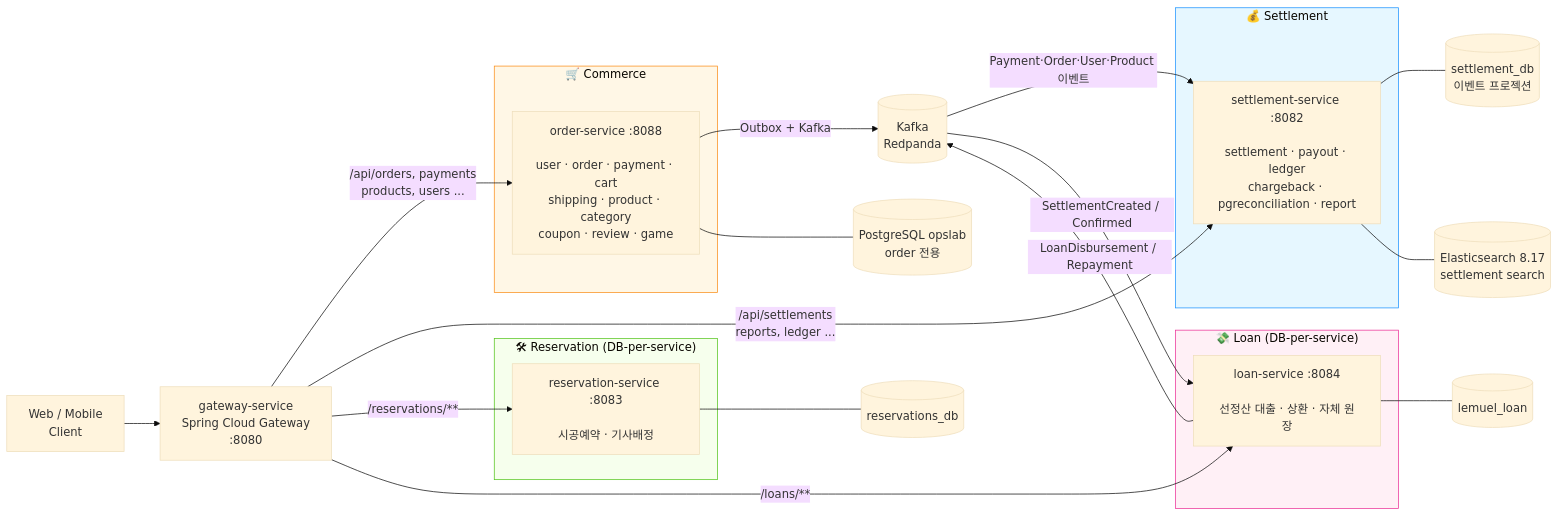
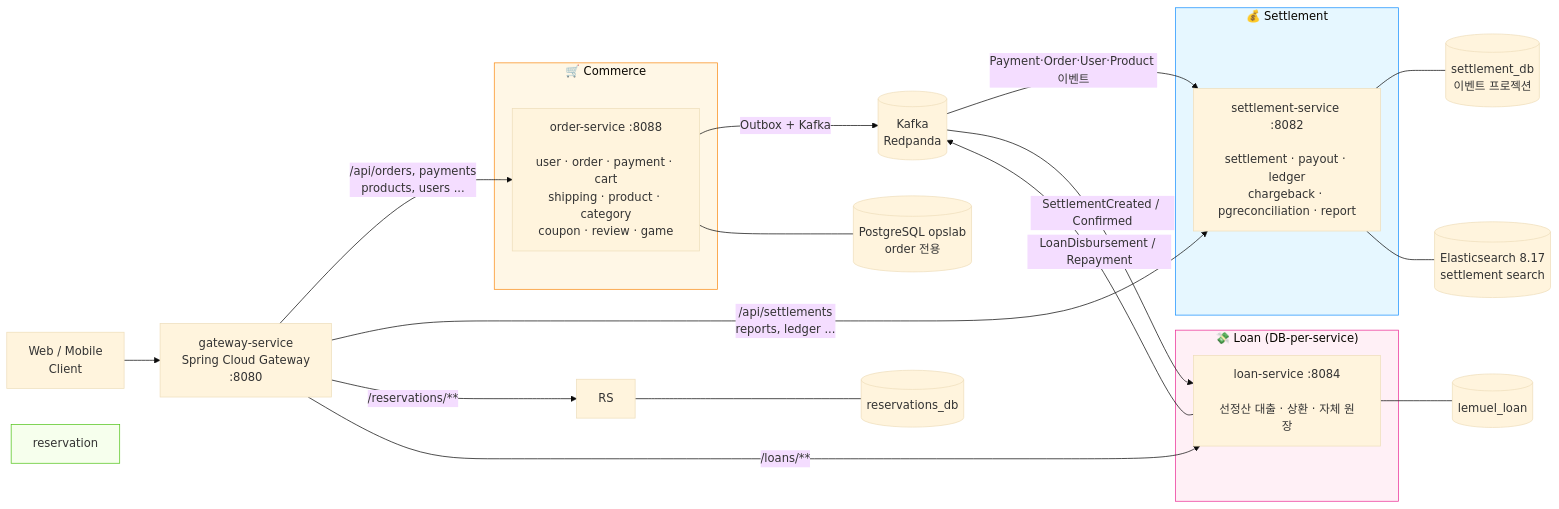
One commit to MyoungSoo7/settlement changed the diagram in README.md. Above: the diagram before and after it, drawn with Mermaid (base theme). The commit also changed other lines of this file and 3 other files, not shown here.

First line of the commit message:
docs: reservation-service 제거 반영 (README·CLAUDE.md·STATUS)

````diff
--- a/README.md
+++ b/README.md
@@ -28,39 +28,36 @@
 ```mermaid
 flowchart LR
     Client["Web / Mobile<br/>Client"] --> GW
     GW["gateway-service<br/>Spring Cloud Gateway<br/>:8080"]
 
     GW -->|/api/orders, payments<br/>products, users ...| OS
     GW -->|/api/settlements<br/>reports, ledger ...| SS
     GW -->|/reservations/**| RS
     GW -->|/loans/**| LS
 
     subgraph commerce["🛒 Commerce"]
         OS["order-service :8088<br/><br/>user · order · payment · cart<br/>shipping · product · category<br/>coupon · review · game"]
     end
     subgraph settlement["💰 Settlement"]
         SS["settlement-service :8082<br/><br/>settlement · payout · ledger<br/>chargeback · pgreconciliation · report"]
-    end
-    subgraph reservation["🛠 Reservation (DB-per-service)"]
-        RS["reservation-service :8083<br/><br/>시공예약 · 기사배정"]
     end
     subgraph loan["💸 Loan (DB-per-service)"]
         LS["loan-service :8084<br/><br/>선정산 대출 · 상환 · 자체 원장"]
     end
 
     OS -->|Outbox + Kafka| K[(Kafka<br/>Redpanda)]
     K -->|Payment·Order·User·Product 이벤트| SS
     K -->|SettlementCreated / Confirmed| LS
     LS -->|LoanDisbursement / Repayment| K
 
     OS --- PG[(PostgreSQL opslab<br/>order 전용)]
     SS --- SDB[(settlement_db<br/>이벤트 프로젝션)]
     RS --- RDB[(reservations_db)]
     LS --- LDB[(lemuel_loan)]
     SS --- ES[(Elasticsearch 8.17<br/>settlement search)]
 
     style commerce fill:#fff7e6,stroke:#fa8c16
     style settlement fill:#e6f7ff,stroke:#1890ff
     style reservation fill:#f6ffed,stroke:#52c41a
     style loan fill:#fff0f6,stroke:#eb2f96
 ```
````
